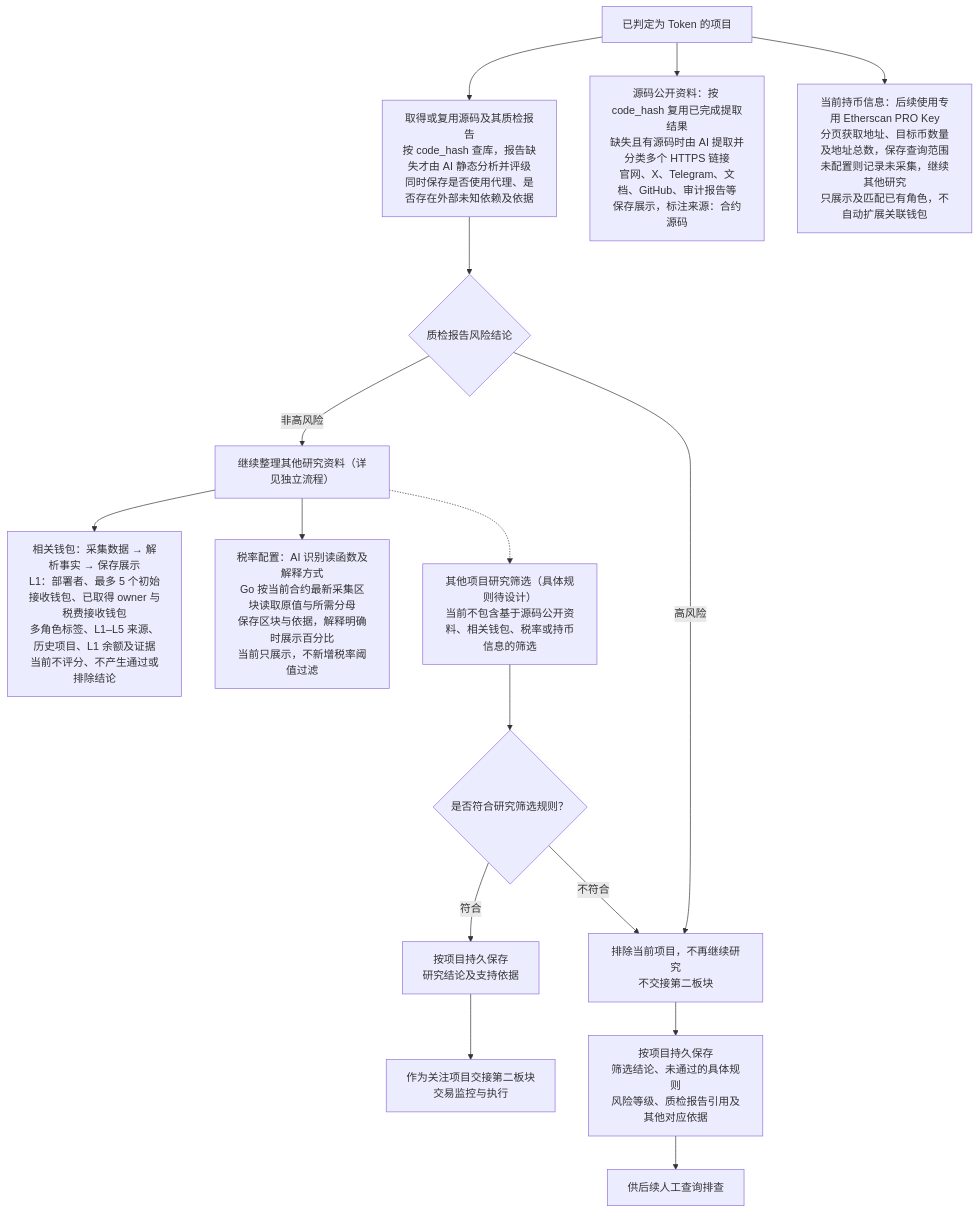
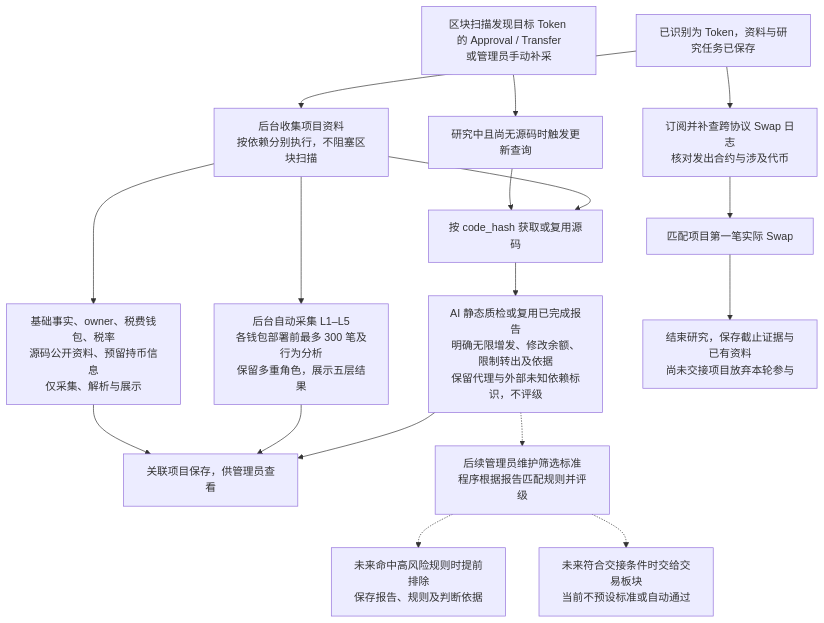
The diagram in docs/project/token-research-flow.md (useryege/athena-o), drawn with Mermaid before and after one commit. The commit also changed other lines of this file and 17 other files, not shown here.

````diff
--- a/docs/project/token-research-flow.md
+++ b/docs/project/token-research-flow.md
@@ -11,18 +9,19 @@
 ```mermaid
 flowchart TD
-    token["已判定为 Token 的项目"] --> review["取得或复用源码及其质检报告<br/>按 code_hash 查库，报告缺失才由 AI 静态分析并评级<br/>同时保存是否使用代理、是否存在外部未知依赖及依据"]
-    token --> publicLinks["源码公开资料：按 code_hash 复用已完成提取结果<br/>缺失且有源码时由 AI 提取并分类多个 HTTPS 链接<br/>官网、X、Telegram、文档、GitHub、审计报告等<br/>保存展示，标注来源：合约源码"]
-    token --> holders["当前持币信息：后续使用专用 Etherscan PRO Key<br/>分页获取地址、目标币数量及地址总数，保存查询范围<br/>未配置则记录未采集，继续其他研究<br/>只展示及匹配已有角色，不自动扩展关联钱包"]
-    review --> risk{"质检报告风险结论"}
-    risk -->|高风险| excluded["排除当前项目，不再继续研究<br/>不交接第二板块"]
-    risk -->|非高风险| materials["继续整理其他研究资料（详见独立流程）"]
-    materials --> wallets["相关钱包：采集数据 → 解析事实 → 保存展示<br/>L1：部署者、最多 5 个初始接收钱包、已取得 owner 与税费接收钱包<br/>多角色标签、L1–L5 来源、历史项目、L1 余额及证据<br/>当前不评分、不产生通过或排除结论"]
-    materials --> taxes["税率配置：AI 识别读函数及解释方式<br/>Go 按当前合约最新采集区块读取原值与所需分母<br/>保存区块与依据，解释明确时展示百分比<br/>当前只展示，不新增税率阈值过滤"]
-    materials -.-> research["其他项目研究筛选（具体规则待设计）<br/>当前不包含基于源码公开资料、相关钱包、税率或持币信息的筛选"]
-    research --> decision{"是否符合研究筛选规则？"}
-    decision -->|"符合"| accepted["按项目持久保存<br/>研究结论及支持依据"]
-    accepted --> handoff["作为关注项目交接第二板块<br/>交易监控与执行"]
-    decision -->|"不符合"| excluded
-    excluded --> reasons["按项目持久保存<br/>筛选结论、未通过的具体规则<br/>风险等级、质检报告引用及其他对应依据"]
-    reasons --> inspect["供后续人工查询排查"]
+    token["已识别为 Token，资料与研究任务已保存"] --> materials["后台收集项目资料<br/>按依赖分别执行，不阻塞区块扫描"]
+    materials --> source["按 code_hash 获取或复用源码"]
+    source --> report["AI 静态质检或复用已完成报告<br/>明确无限增发、修改余额、限制转出及依据<br/>保留代理与外部未知依赖标识，不评级"]
+    report --> display["关联项目保存，供管理员查看"]
+    materials --> wallets["后台自动采集 L1–L5<br/>各钱包部署前最多 300 笔及行为分析<br/>保留多重角色，展示五层结果"]
+    materials --> others["基础事实、owner、税费钱包、税率<br/>源码公开资料、预留持币信息<br/>仅采集、解析与展示"]
+    wallets --> display
+    others --> display
+    activity["区块扫描发现目标 Token 的 Approval / Transfer<br/>或管理员手动补采"] --> update["研究中且尚无源码时触发更新查询"]
+    update --> source
+    token --> monitor["订阅并补查跨协议 Swap 日志<br/>核对发出合约与涉及代币"]
+    monitor --> first["匹配项目第一笔实际 Swap"]
+    first --> stop["结束研究，保存截止证据与已有资料<br/>尚未交接项目放弃本轮参与"]
+    report -.-> rule["后续管理员维护筛选标准<br/>程序根据报告匹配规则并评级"]
+    rule -.-> exclude["未来命中高风险规则时提前排除<br/>保存报告、规则及判断依据"]
+    rule -.-> handoff["未来符合交接条件时交给交易板块<br/>当前不预设标准或自动通过"]
 ```
````
